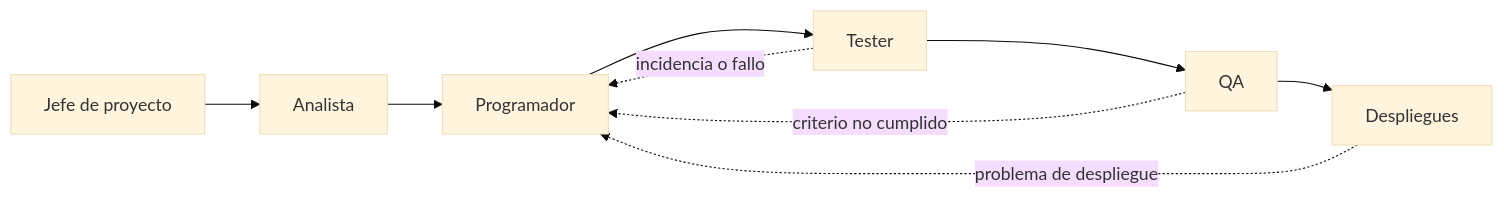
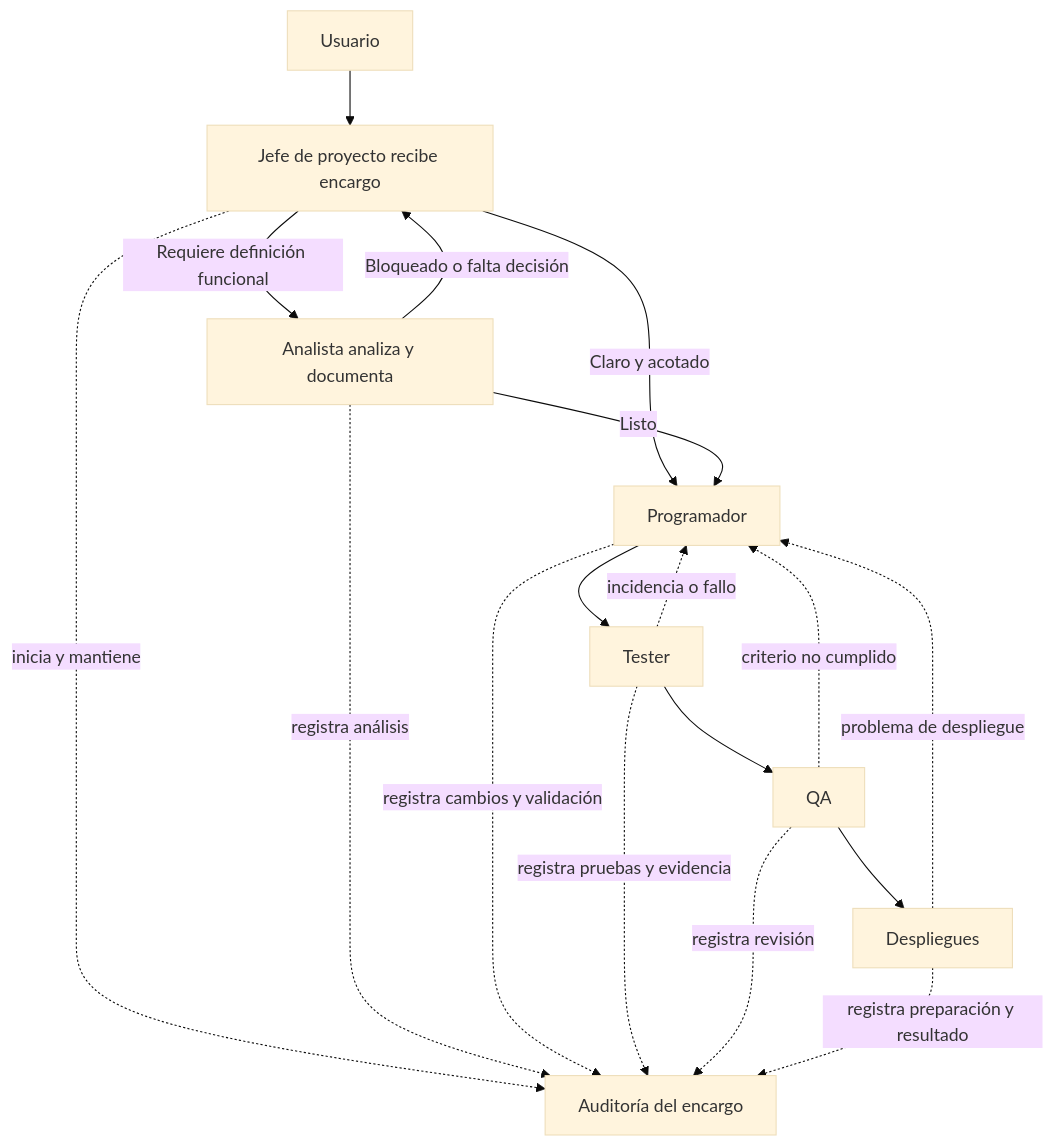
One commit to hispafox/app-todolist-260928 changed the second of 3 diagrams in docs/plan-agentes.md. Above: the diagram before and after it, drawn with Mermaid (base theme). The commit also changed other lines of this file and 16 other files, not shown here.

````diff
--- a/docs/plan-agentes.md
+++ b/docs/plan-agentes.md
@@ -70,11 +109,20 @@
 ```mermaid
-flowchart LR
-	JP[Jefe de proyecto] --> A[Analista]
-	A --> P[Programador]
+flowchart TB
+	U[Usuario] --> JP[Jefe de proyecto recibe encargo]
+	JP -->|Claro y acotado| P[Programador]
+	JP -->|Requiere definición funcional| A[Analista analiza y documenta]
+	A -->|Listo| P
+	A -->|Bloqueado o falta decisión| JP
+	JP -. inicia y mantiene .-> AU[Auditoría del encargo]
+	A -. registra análisis .-> AU
+	P -. registra cambios y validación .-> AU
 	P --> T[Tester]
 	T --> QA[QA]
+	T -. registra pruebas y evidencia .-> AU
 	QA --> D[Despliegues]
+	QA -. registra revisión .-> AU
+	D -. registra preparación y resultado .-> AU
 	T -. "incidencia o fallo" .-> P
 	QA -. "criterio no cumplido" .-> P
 	D -. "problema de despliegue" .-> P
 ```
````
